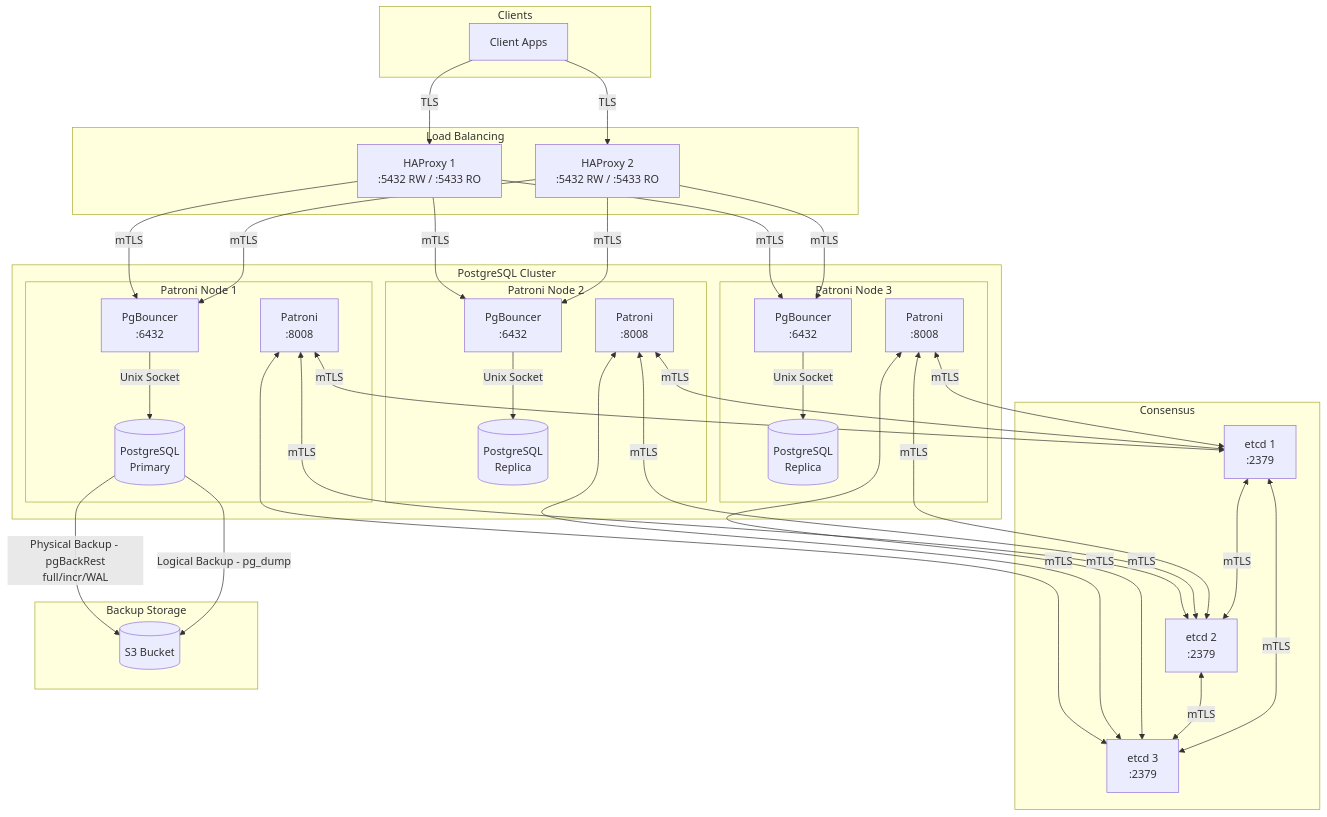
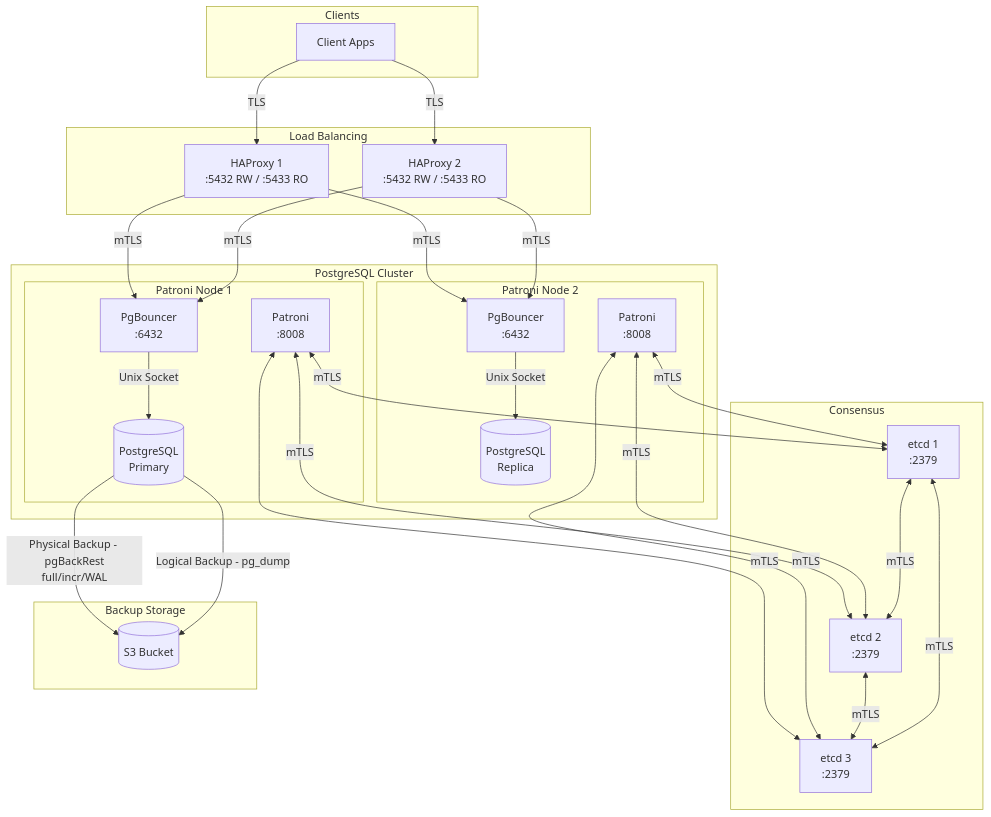
One commit to benritz/postgres-patroni changed the diagram in architecture.mermaid. Above: the diagram before and after it, drawn with Mermaid. The commit also changed 1 other file, not shown here.

```diff
--- a/architecture.mermaid
+++ b/architecture.mermaid
@@ -1,59 +1,48 @@
 flowchart TB
     subgraph Clients
         C1[Client Apps]
     end
     subgraph Load Balancing
         HAP1[HAProxy 1<br/>:5432 RW / :5433 RO]
         HAP2[HAProxy 2<br/>:5432 RW / :5433 RO]
     end
     subgraph PostgreSQL Cluster
         subgraph Node1[Patroni Node 1]
             PG1[(PostgreSQL<br/>Primary)]
             PGB1[PgBouncer<br/>:6432]
             PAT1[Patroni<br/>:8008]
         end
         subgraph Node2[Patroni Node 2]
             PG2[(PostgreSQL<br/>Replica)]
             PGB2[PgBouncer<br/>:6432]
             PAT2[Patroni<br/>:8008]
         end
-        subgraph Node3[Patroni Node 3]
-            PG3[(PostgreSQL<br/>Replica)]
-            PGB3[PgBouncer<br/>:6432]
-            PAT3[Patroni<br/>:8008]
-        end
     end
     subgraph Consensus
         ETCD1[etcd 1<br/>:2379]
         ETCD2[etcd 2<br/>:2379]
         ETCD3[etcd 3<br/>:2379]
     end
     subgraph Backup Storage
         S3[(S3 Bucket)]
     end
     C1 -->|TLS| HAP1
     C1 -->|TLS| HAP2
     
     HAP1 -->|mTLS| PGB1
     HAP1 -->|mTLS| PGB2
-    HAP1 -->|mTLS| PGB3
     HAP2 -->|mTLS| PGB1
     HAP2 -->|mTLS| PGB2
-    HAP2 -->|mTLS| PGB3
     PGB1 -->|Unix Socket| PG1
     PGB2 -->|Unix Socket| PG2
-    PGB3 -->|Unix Socket| PG3
     PAT1 <-->|mTLS| ETCD1
     PAT1 <-->|mTLS| ETCD2
     PAT1 <-->|mTLS| ETCD3
     PAT2 <-->|mTLS| ETCD1
     PAT2 <-->|mTLS| ETCD2
     PAT2 <-->|mTLS| ETCD3
-    PAT3 <-->|mTLS| ETCD1
-    PAT3 <-->|mTLS| ETCD2
-    PAT3 <-->|mTLS| ETCD3
     ETCD1 <-->|mTLS| ETCD2
     ETCD2 <-->|mTLS| ETCD3
     ETCD3 <-->|mTLS| ETCD1
     PG1 -->|Physical Backup - pgBackRest<br/>full/incr/WAL| S3
     PG1 -->|Logical Backup - pg_dump| S3
```
